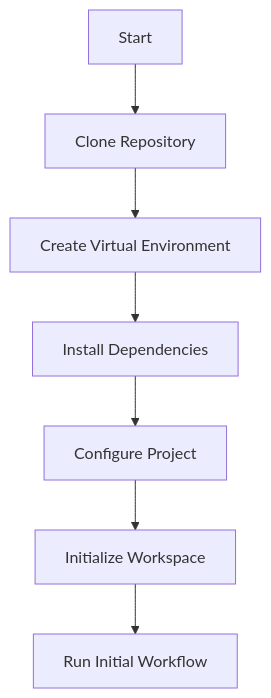
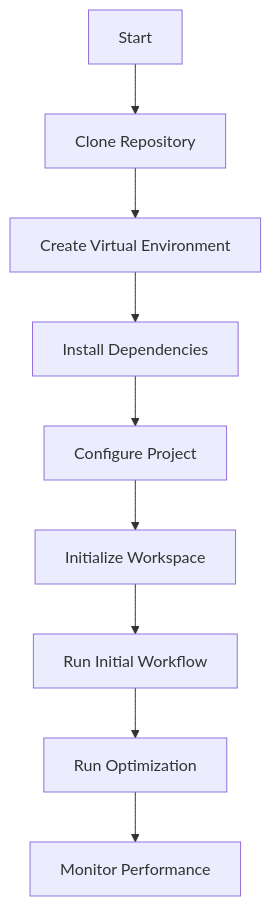
The diagram in installation-usage.mdx (jmanhype/stratoptimus-docs), drawn with Mermaid before and after one commit. The commit also changed other lines of this file, not shown here.

````diff
--- a/installation-usage.mdx
+++ b/installation-usage.mdx
@@ -137,9 +210,11 @@
 ```mermaid
 graph TD;
     A[Start] --> B[Clone Repository];
     B --> C[Create Virtual Environment];
     C --> D[Install Dependencies];
     D --> E[Configure Project];
     E --> F[Initialize Workspace];
     F --> G[Run Initial Workflow];
+    G --> H[Run Optimization];
+    H --> I[Monitor Performance];
 ```
````
